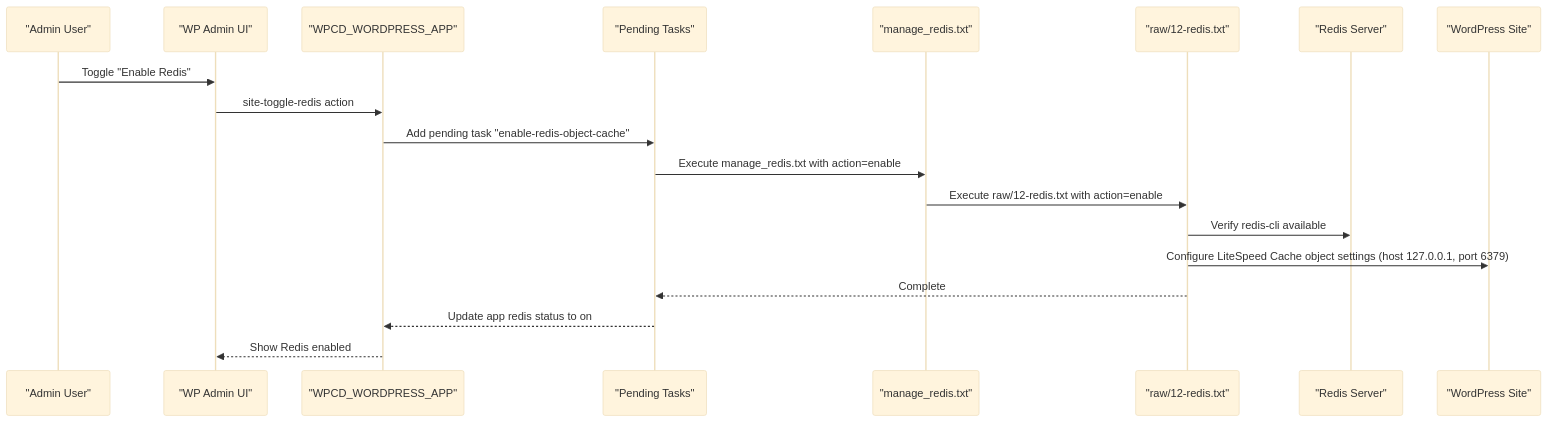
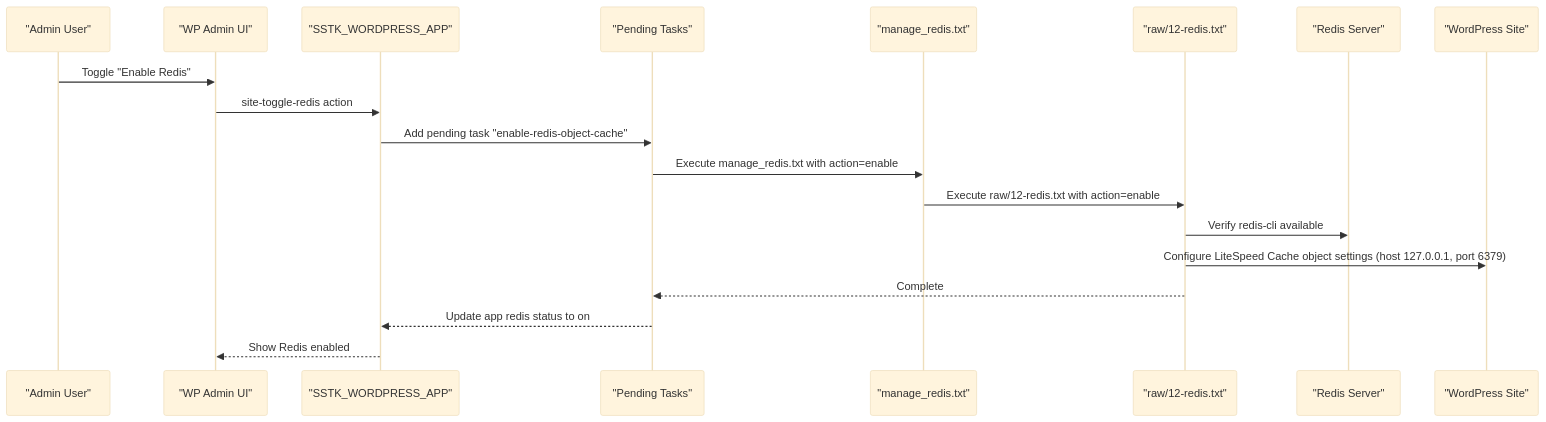
Before and after one commit to onedogsolutions/simple-stack: the second of 7 diagrams in .qoder/repowiki/en/content/Operational Tools/Performance Optimization Tools/Caching Systems/Redis Caching.md, drawn with Mermaid (base theme). The commit also changed other lines of this file and 5941 other files, not shown here.

````diff
--- a/.qoder/repowiki/en/content/Operational Tools/Performance Optimization Tools/Caching Systems/Redis Caching.md
+++ b/.qoder/repowiki/en/content/Operational Tools/Performance Optimization Tools/Caching Systems/Redis Caching.md
@@ -123,21 +123,21 @@
 ```mermaid
 sequenceDiagram
 participant Admin as "Admin User"
 participant WPUI as "WP Admin UI"
-participant PHP as "WPCD_WORDPRESS_APP"
+participant PHP as "SSTK_WORDPRESS_APP"
 participant Task as "Pending Tasks"
 participant Script as "manage_redis.txt"
 participant Raw as "raw/12-redis.txt"
 participant Redis as "Redis Server"
 participant WP as "WordPress Site"
 Admin->>WPUI : Toggle "Enable Redis"
 WPUI->>PHP : site-toggle-redis action
 PHP->>Task : Add pending task "enable-redis-object-cache"
 Task->>Script : Execute manage_redis.txt with action=enable
 Script->>Raw : Execute raw/12-redis.txt with action=enable
 Raw->>Redis : Verify redis-cli available
 Raw->>WP : Configure LiteSpeed Cache object settings (host 127.0.0.1, port 6379)
 Raw-->>Task : Complete
 Task-->>PHP : Update app redis status to on
 PHP-->>WPUI : Show Redis enabled
 ```
````
